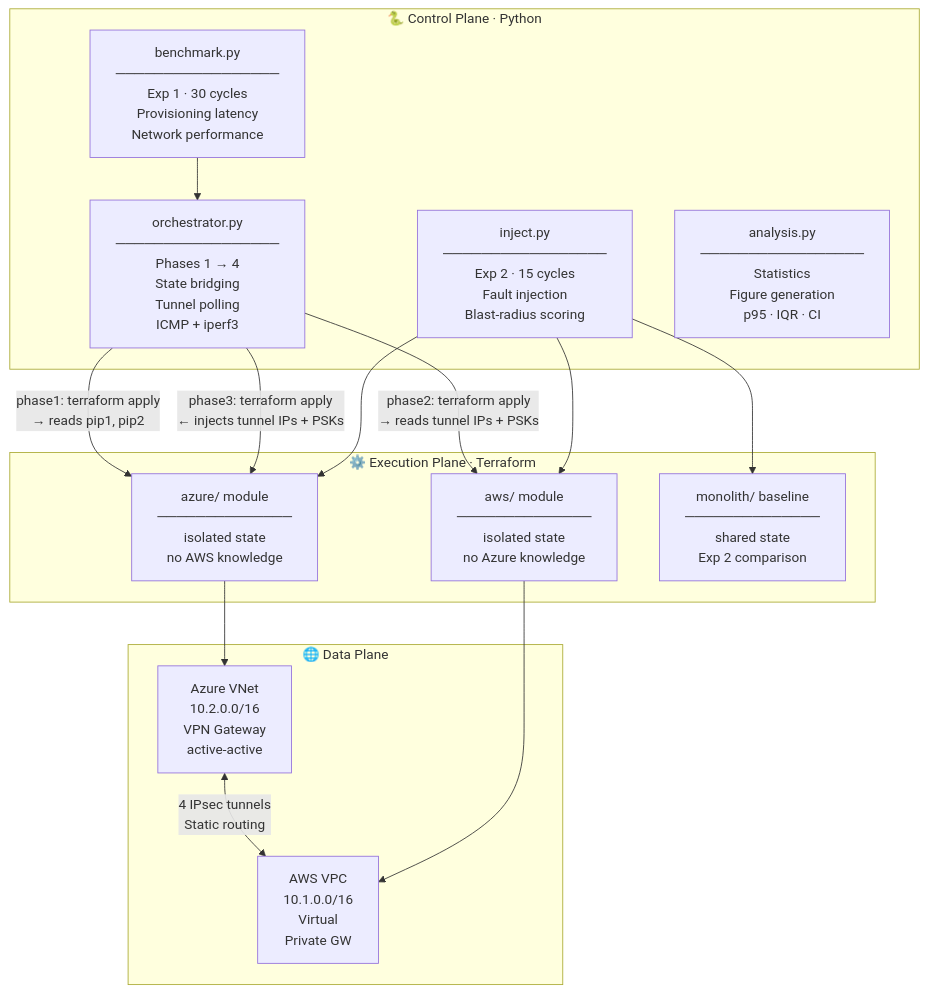
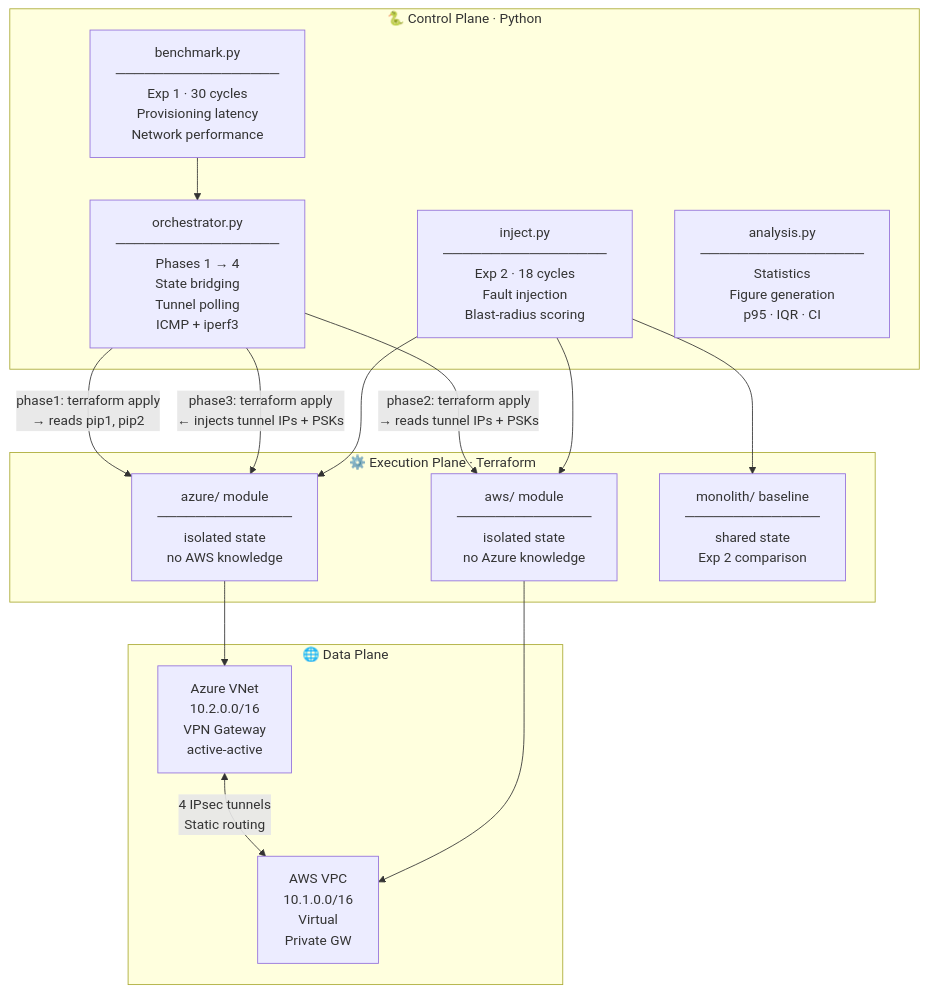
One commit to kshitiz-Kharal/PL-IaC_MultiCloud_Orchestration changed the first of 5 diagrams in README.md. Above: the diagram before and after it, drawn with Mermaid. The commit also changed other lines of this file, not shown here.

````diff
--- a/README.md
+++ b/README.md
@@ -11,31 +11,31 @@
 ```mermaid
 graph TB
     subgraph CP["🐍  Control Plane  ·  Python"]
         ORC["orchestrator.py\n─────────────────\nPhases 1 → 4\nState bridging\nTunnel polling\nICMP + iperf3"]
         BM["benchmark.py\n─────────────────\nExp 1 · 30 cycles\nProvisioning latency\nNetwork performance"]
-        INJ["inject.py\n─────────────────\nExp 2 · 15 cycles\nFault injection\nBlast-radius scoring"]
+        INJ["inject.py\n─────────────────\nExp 2 · 18 cycles\nFault injection\nBlast-radius scoring"]
         ANA["analysis.py\n─────────────────\nStatistics\nFigure generation\np95 · IQR · CI"]
     end
 
     subgraph EP["⚙️  Execution Plane  ·  Terraform"]
         AZM["azure/ module\n──────────────\nisolated state\nno AWS knowledge"]
         AWSM["aws/ module\n──────────────\nisolated state\nno Azure knowledge"]
         MONO["monolith/ baseline\n──────────────\nshared state\nExp 2 comparison"]
     end
 
     subgraph DP["🌐  Data Plane"]
         AZTUN["Azure VNet\n10.2.0.0/16\nVPN Gateway\nactive-active"]
         AWSTUN["AWS VPC\n10.1.0.0/16\nVirtual\nPrivate GW"]
         AZTUN <-->|"4 IPsec tunnels\nStatic routing"| AWSTUN
     end
 
     ORC -- "phase1: terraform apply\n→ reads pip1, pip2" --> AZM
     ORC -- "phase2: terraform apply\n→ reads tunnel IPs + PSKs" --> AWSM
     ORC -- "phase3: terraform apply\n← injects tunnel IPs + PSKs" --> AZM
     AZM --> AZTUN
     AWSM --> AWSTUN
     BM --> ORC
     INJ --> AZM
     INJ --> AWSM
     INJ --> MONO
 ```
````
